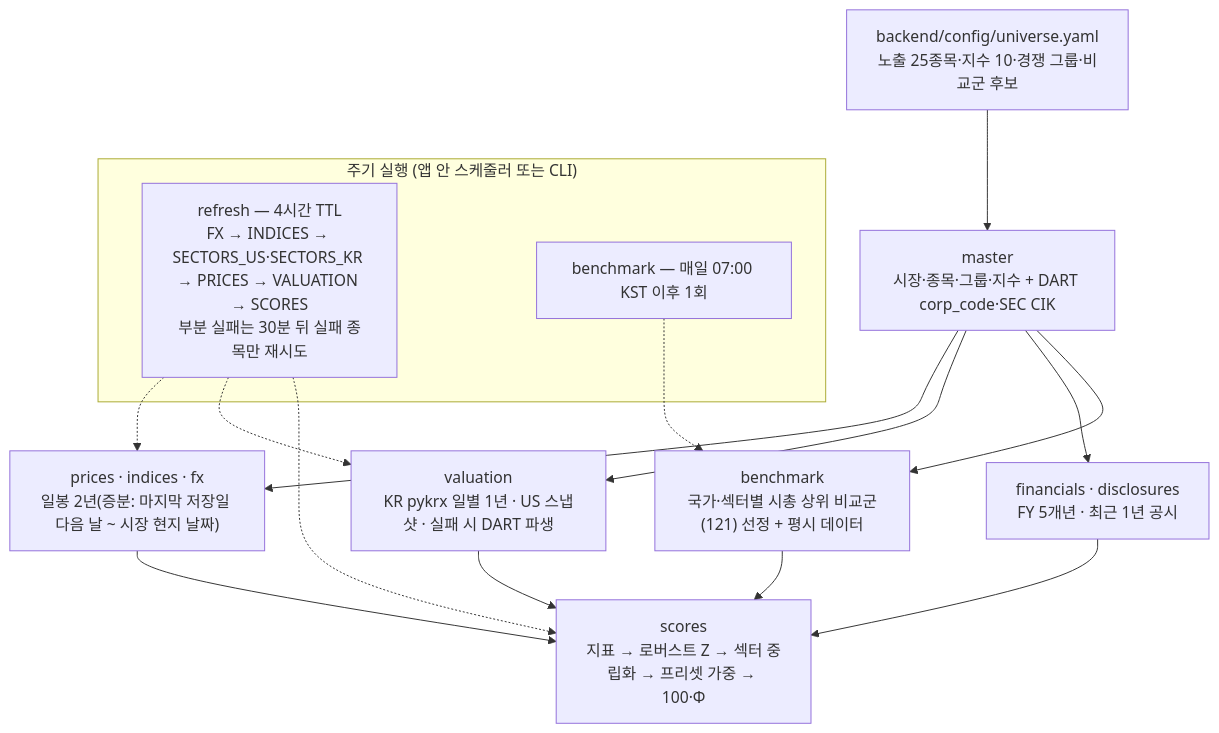
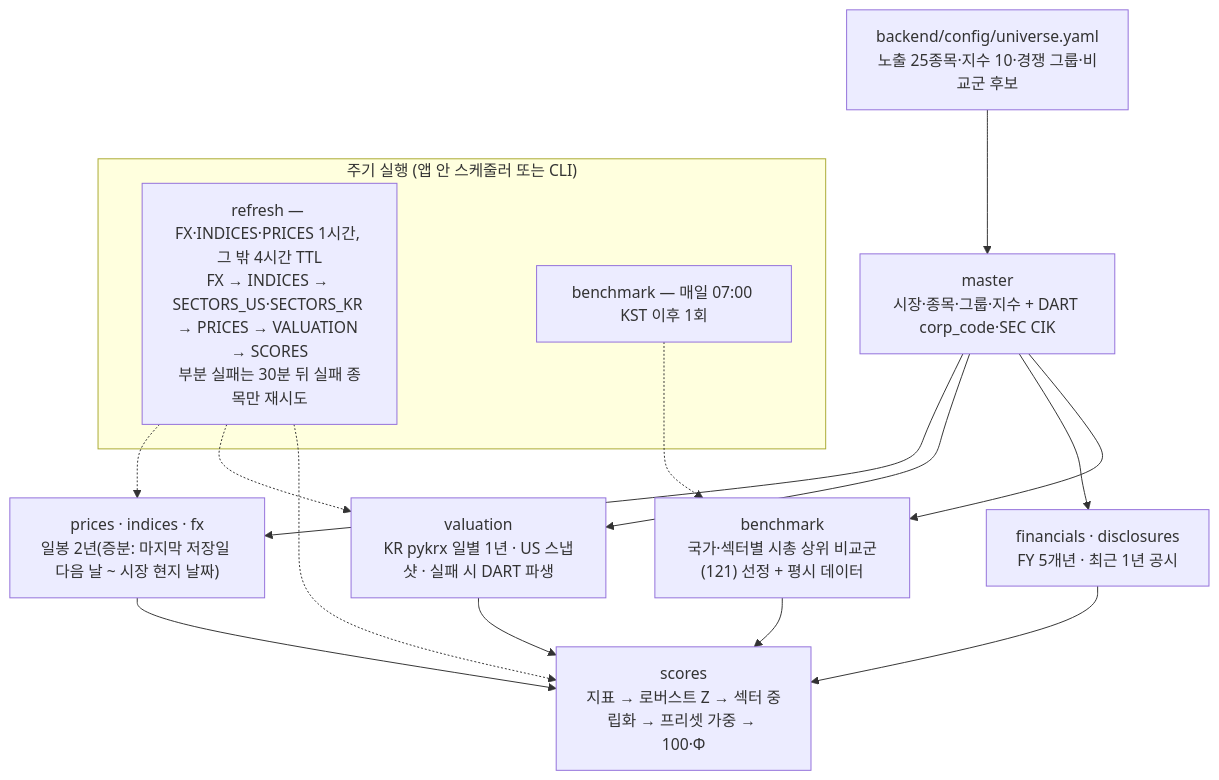
The second of 3 diagrams in 개발산출물/architecture.md (Hunseokc/ax_class_semiproject), drawn with Mermaid before and after one commit. The commit also changed other lines of this file and 15 other files, not shown here.

````diff
--- a/개발산출물/architecture.md
+++ b/개발산출물/architecture.md
@@ -56,16 +56,16 @@
 ```mermaid
 flowchart TD
   U["backend/config/universe.yaml<br/>노출 25종목·지수 10·경쟁 그룹·비교군 후보"] --> M["master<br/>시장·종목·그룹·지수 + DART corp_code·SEC CIK"]
   M --> P["prices · indices · fx<br/>일봉 2년(증분: 마지막 저장일 다음 날 ~ 시장 현지 날짜)"]
   M --> V["valuation<br/>KR pykrx 일별 1년 · US 스냅샷 · 실패 시 DART 파생"]
   M --> F["financials · disclosures<br/>FY 5개년 · 최근 1년 공시"]
   P & V & F --> S["scores<br/>지표 → 로버스트 Z → 섹터 중립화 → 프리셋 가중 → 100·Φ"]
   M --> B["benchmark<br/>국가·섹터별 시총 상위 비교군(121) 선정 + 평시 데이터"]
   B --> S
   subgraph RUN["주기 실행 (앱 안 스케줄러 또는 CLI)"]
-    RF["refresh — 4시간 TTL<br/>FX → INDICES → SECTORS_US·SECTORS_KR → PRICES → VALUATION → SCORES<br/>부분 실패는 30분 뒤 실패 종목만 재시도"]
+    RF["refresh — FX·INDICES·PRICES 1시간, 그 밖 4시간 TTL<br/>FX → INDICES → SECTORS_US·SECTORS_KR → PRICES → VALUATION → SCORES<br/>부분 실패는 30분 뒤 실패 종목만 재시도"]
     BD["benchmark — 매일 07:00 KST 이후 1회"]
   end
   RF -.-> P & V & S
   BD -.-> B
 ```
````
